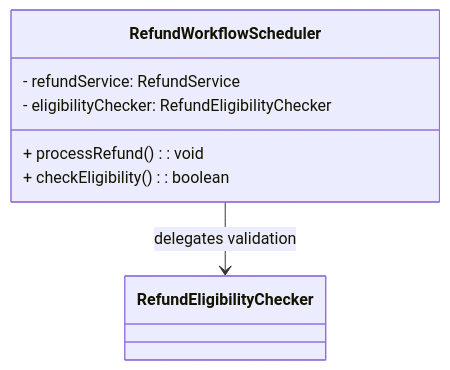
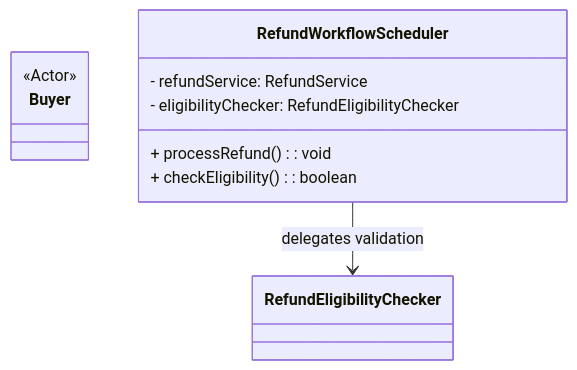
Before and after one commit to huang-xiao-jian/bluey: the third of 3 diagrams in skills/oo-design-naive/SKILL.md, drawn with Mermaid. The commit also changed other lines of this file and 3 other files, not shown here.

Commit message:
docs(oo-design-naive): clarify use-case diagram structure

````diff
--- a/skills/oo-design-naive/SKILL.md
+++ b/skills/oo-design-naive/SKILL.md
@@ -62,12 +91,14 @@
 ```mermaid
 classDiagram
+    class Buyer
+    <<Actor>> Buyer
     class RefundEligibilityChecker
     class RefundWorkflowScheduler {
         - refundService: RefundService
         - eligibilityChecker: RefundEligibilityChecker
         + processRefund(): void
         + checkEligibility(): boolean
     }
 
     RefundWorkflowScheduler --> RefundEligibilityChecker : delegates validation
 ```
````
